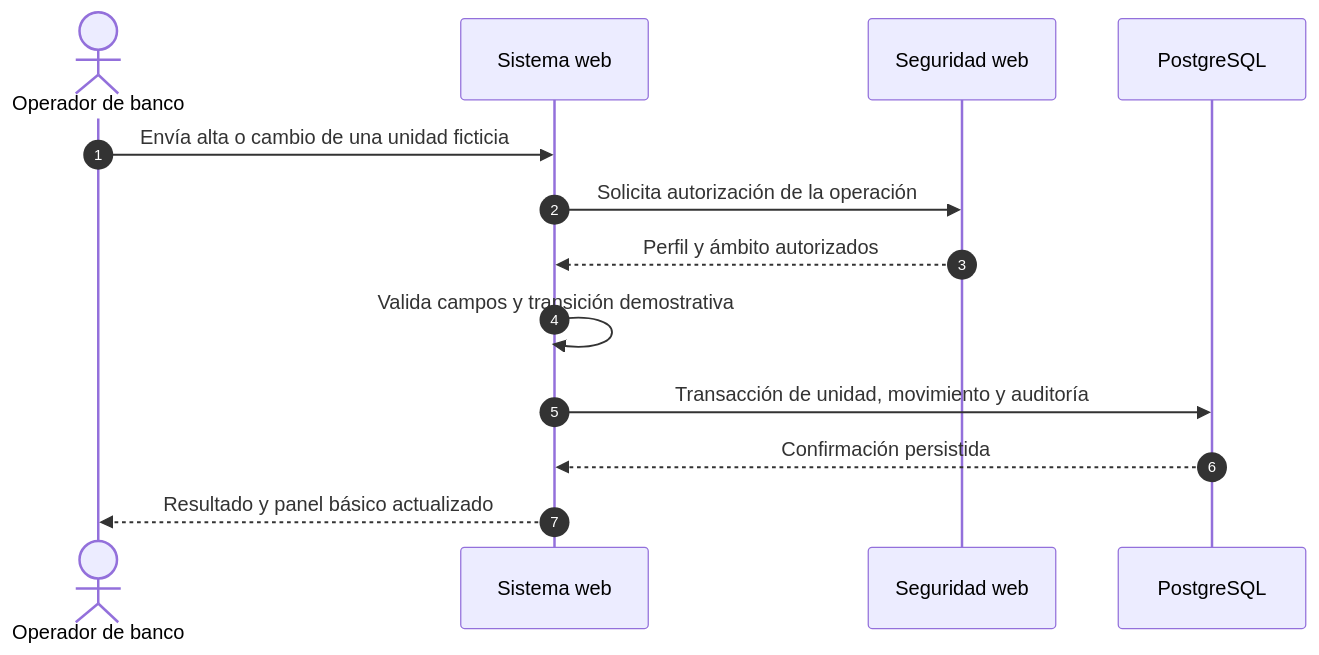
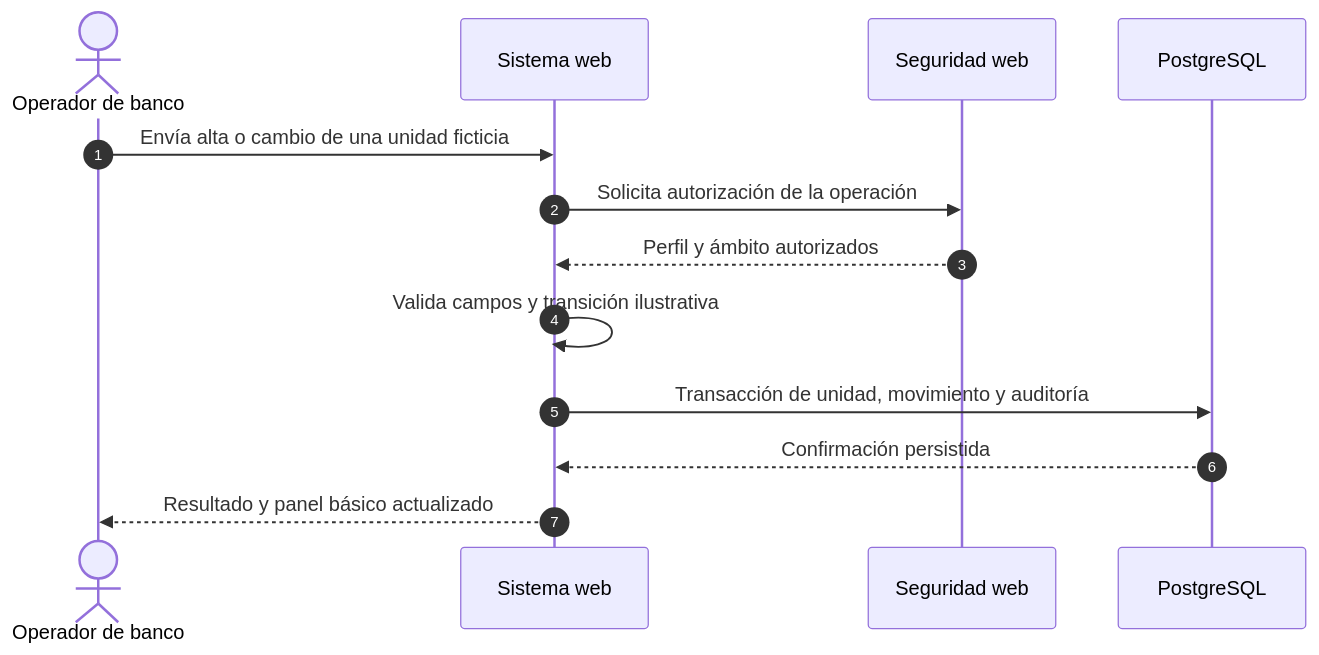
The sixth of 13 diagrams in documentation/markdowns/Diseno_arquitectonico.md (victor-berlanga/Red-House), drawn with Mermaid before and after one commit. The commit also changed other lines of this file and 574 other files, not shown here.

````diff
--- a/documentation/markdowns/Diseno_arquitectonico.md
+++ b/documentation/markdowns/Diseno_arquitectonico.md
@@ -347,16 +344,16 @@
 ```mermaid
 sequenceDiagram
     autonumber
     actor O as Operador de banco
     participant W as Sistema web
     participant S as Seguridad web
     participant P as PostgreSQL
 
     O->>W: Envía alta o cambio de una unidad ficticia
     W->>S: Solicita autorización de la operación
     S-->>W: Perfil y ámbito autorizados
-    W->>W: Valida campos y transición demostrativa
+    W->>W: Valida campos y transición ilustrativa
     W->>P: Transacción de unidad, movimiento y auditoría
     P-->>W: Confirmación persistida
     W-->>O: Resultado y panel básico actualizado
 ```
````
